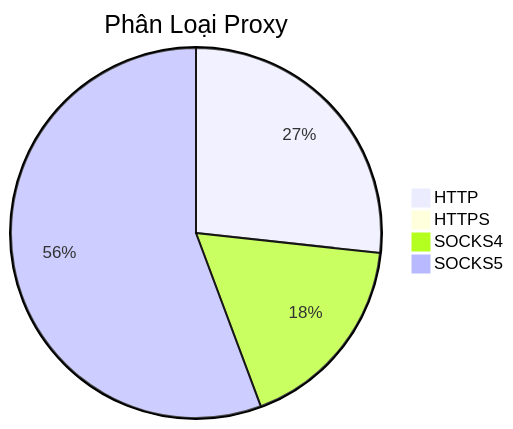
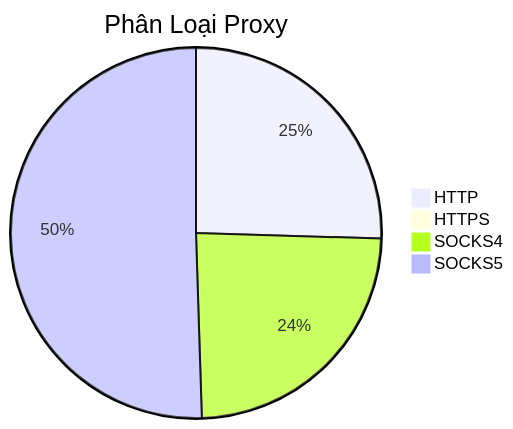
The diagram in README.md (Ciara-12/PROXY-free), drawn with Mermaid before and after one commit. The commit also changed other lines of this file and 3 other files, not shown here.

````diff
--- a/README.md
+++ b/README.md
@@ -26,7 +26,7 @@
 ```mermaid
 pie title Phân Loại Proxy
-    "HTTP" : 643
+    "HTTP" : 404
     "HTTPS" : 1
-    "SOCKS4" : 423
-    "SOCKS5" : 1340
+    "SOCKS4" : 381
+    "SOCKS5" : 801
 ```
````
